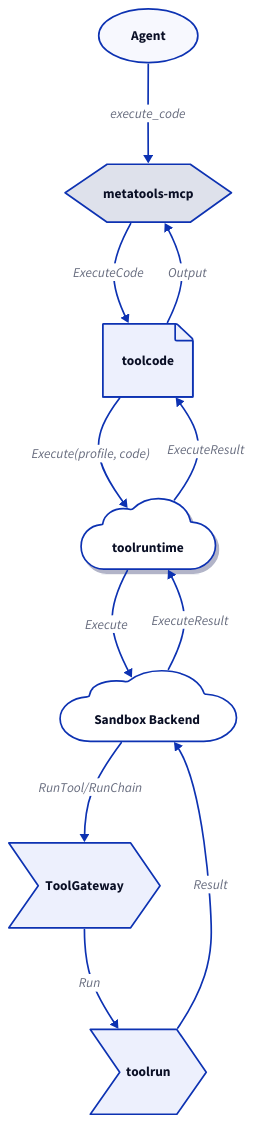
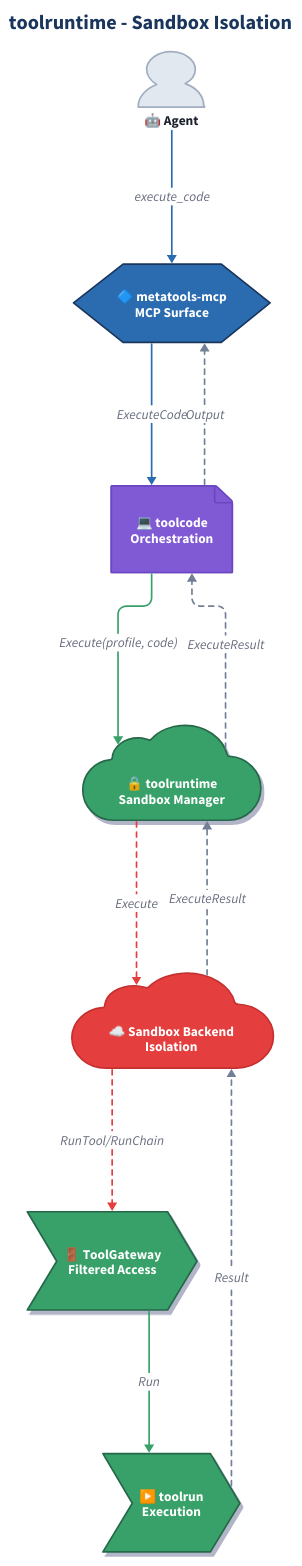
One commit to jonwraymond/toolruntime changed the diagram in docs/diagrams/user-journey.d2. Above: the diagram before and after it, drawn with D2. The commit also changed 3 other files, not shown here.

Commit message:
docs(toolruntime): refresh diagrams

```diff
--- a/docs/diagrams/user-journey.d2
+++ b/docs/diagrams/user-journey.d2
@@ -1,31 +1,176 @@
+# toolruntime User Journey
+# Sandbox execution with security profiles
+
 direction: down
 
-style: { font-size: 14 }
-
-agent: "Agent" { shape: oval }
-
-metatools: "metatools-mcp" { shape: hexagon }
-
-code: "toolcode" { shape: page }
-
-runtime: "toolruntime" {
-  shape: cloud
-  style: { shadow: true }
+vars: {
+  d2-config: {
+    layout-engine: elk
+    theme-id: 0
+  }
+  execution-fill: "#38a169"
+  composition-fill: "#805ad5"
+  surface-fill: "#2b6cb0"
+  sandbox-fill: "#e53e3e"
+  actor-fill: "#e2e8f0"
 }
 
-backend: "Sandbox Backend" { shape: cloud }
+classes: {
+  actor: {
+    style: {
+      fill: ${actor-fill}
+      stroke: "#a0aec0"
+      stroke-width: 2
+      font-color: "#1a202c"
+      bold: true
+    }
+  }
+  execution: {
+    style: {
+      fill: ${execution-fill}
+      stroke: "#276749"
+      stroke-width: 2
+      font-color: "#fff"
+      shadow: true
+    }
+  }
+  composition: {
+    style: {
+      fill: ${composition-fill}
+      stroke: "#6b46c1"
+      stroke-width: 2
+      font-color: "#fff"
+    }
+  }
+  surface: {
+    style: {
+      fill: ${surface-fill}
+      stroke: "#1a365d"
+      stroke-width: 2
+      font-color: "#fff"
+    }
+  }
+  sandbox: {
+    style: {
+      fill: ${sandbox-fill}
+      stroke: "#c53030"
+      stroke-width: 2
+      font-color: "#fff"
+    }
+  }
+  request-flow: {
+    style: {
+      stroke: ${surface-fill}
+      stroke-width: 2
+    }
+  }
+  exec-flow: {
+    style: {
+      stroke: ${execution-fill}
+      stroke-width: 2
+    }
+  }
+  sandbox-flow: {
+    style: {
+      stroke: ${sandbox-fill}
+      stroke-width: 2
+      stroke-dash: 3
+    }
+  }
+  result-flow: {
+    style: {
+      stroke: "#718096"
+      stroke-width: 2
+      stroke-dash: 3
+    }
+  }
+}
 
-gateway: "ToolGateway" { shape: step }
+# Title
+title: "toolruntime - Sandbox Isolation" {
+  shape: text
+  near: top-center
+  style: {
+    font-size: 24
+    bold: true
+    font-color: "#1a365d"
+  }
+}
 
-runner: "toolrun" { shape: step }
+# Actors
+agent: "🤖 Agent" {
+  shape: person
+  class: actor
+}
 
-agent -> metatools: "execute_code"
-metatools -> code: "ExecuteCode"
-code -> runtime: "Execute(profile, code)"
-runtime -> backend: "Execute"
-backend -> gateway: "RunTool/RunChain"
-gateway -> runner: "Run"
-runner -> backend: "Result"
-backend -> runtime: "ExecuteResult"
-runtime -> code: "ExecuteResult"
-code -> metatools: "Output"
+# Components
+metatools: "🔷 metatools-mcp\nMCP Surface" {
+  shape: hexagon
+  class: surface
+}
+
+code: "💻 toolcode\nOrchestration" {
+  shape: page
+  class: composition
+}
+
+runtime: "🔒 toolruntime\nSandbox Manager" {
+  shape: cloud
+  class: execution
+}
+
+backend: "☁️ Sandbox Backend\nIsolation" {
+  shape: cloud
+  class: sandbox
+}
+
+gateway: "🚪 ToolGateway\nFiltered Access" {
+  shape: step
+  class: execution
+}
+
+runner: "▶️ toolrun\nExecution" {
+  shape: step
+  class: execution
+}
+
+# Flow
+agent -> metatools: "execute_code" {
+  class: request-flow
+}
+
+metatools -> code: "ExecuteCode" {
+  class: request-flow
+}
+
+code -> runtime: "Execute(profile, code)" {
+  class: exec-flow
+}
+
+runtime -> backend: "Execute" {
+  class: sandbox-flow
+}
+
+backend -> gateway: "RunTool/RunChain" {
+  class: sandbox-flow
+}
+
+gateway -> runner: "Run" {
+  class: exec-flow
+}
+
+runner -> backend: "Result" {
+  class: result-flow
+}
+
+backend -> runtime: "ExecuteResult" {
+  class: result-flow
+}
+
+runtime -> code: "ExecuteResult" {
+  class: result-flow
+}
+
+code -> metatools: "Output" {
+  class: result-flow
+}
```
